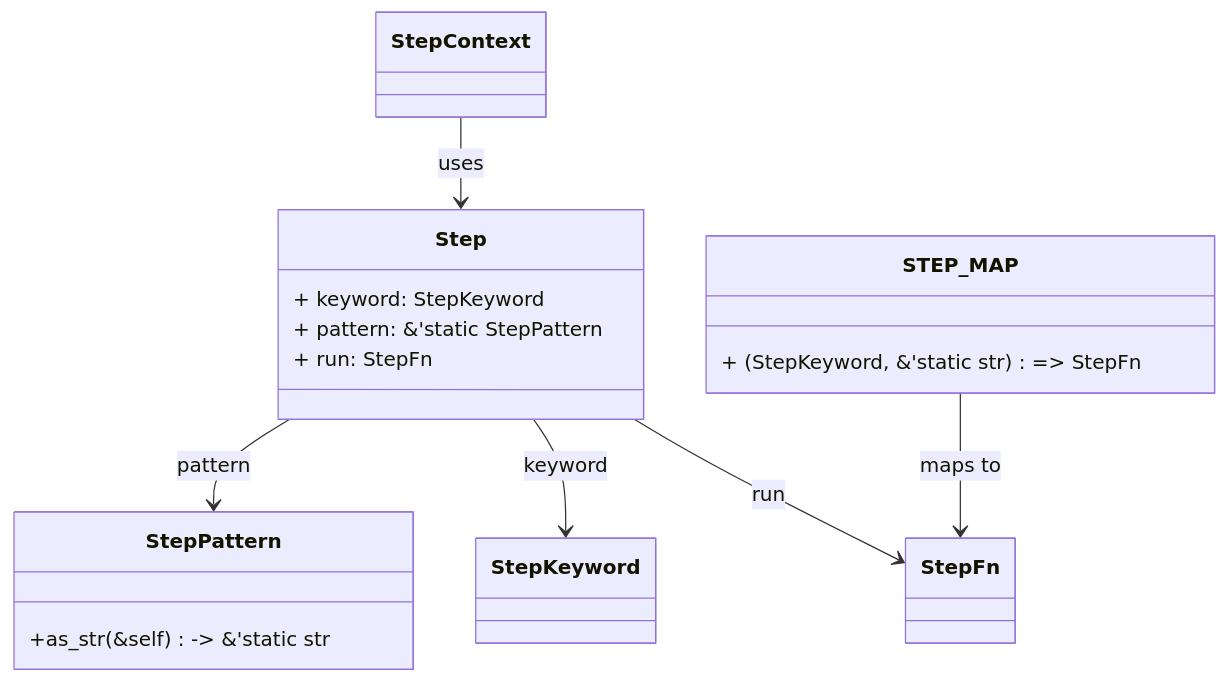
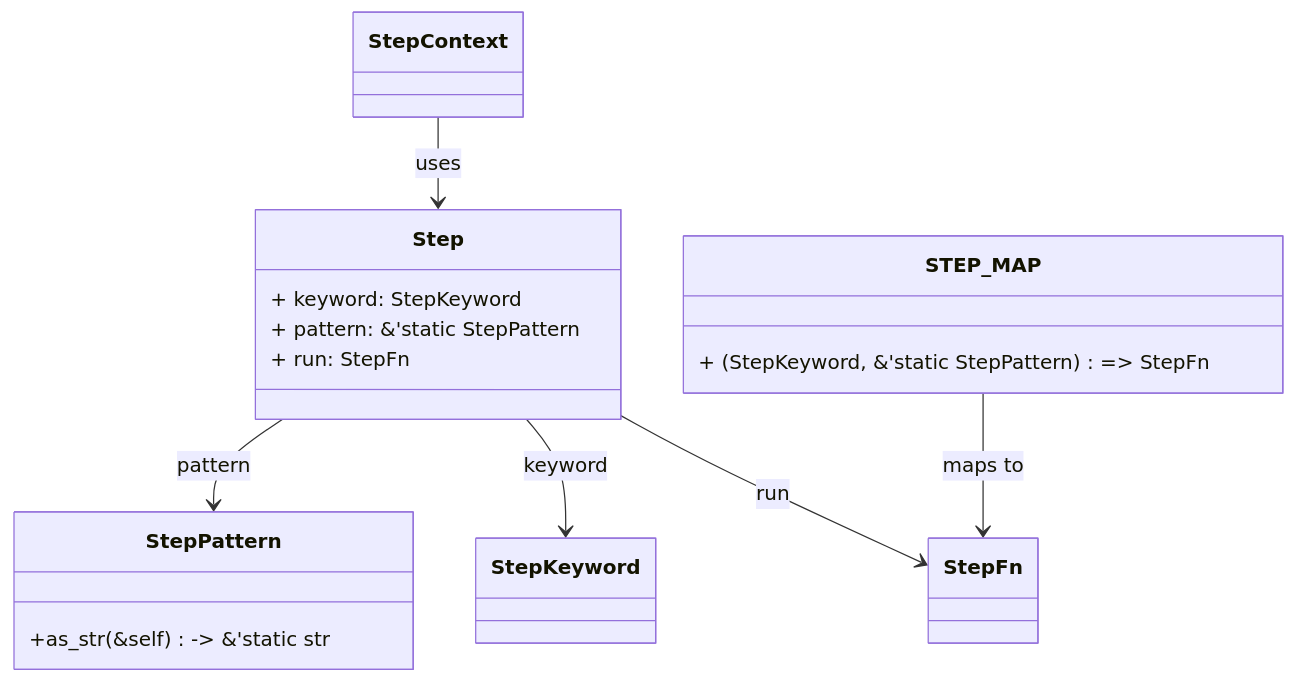
One commit to leynos/rstest-bdd changed the first of 6 diagrams in docs/rstest-bdd-design.md. Above: the diagram before and after it, drawn with Mermaid. The commit also changed 2 other files, not shown here.

Commit message:
Store StepPattern in step registry keys
Use StepPattern references as step map keys to reuse cached regexes and keep pattern data intact.

This aligns the registry with the StepPattern design and prepares for faster lookups.

````diff
--- a/docs/rstest-bdd-design.md
+++ b/docs/rstest-bdd-design.md
@@ -482,20 +482,20 @@
 ```mermaid
 classDiagram
     class Step {
         + keyword: StepKeyword
         + pattern: &'static StepPattern
         + run: StepFn
     }
     class StepKeyword
     class StepFn
     class StepContext
     Step --> StepPattern : pattern
     Step --> StepKeyword : keyword
     Step --> StepFn : run
     class STEP_MAP {
-        + (StepKeyword, &'static str) => StepFn
+        + (StepKeyword, &'static StepPattern) => StepFn
     }
     StepPattern : +as_str(&self) -> &'static str
     STEP_MAP --> StepFn : maps to
     StepContext --> Step : uses
 ```
````
